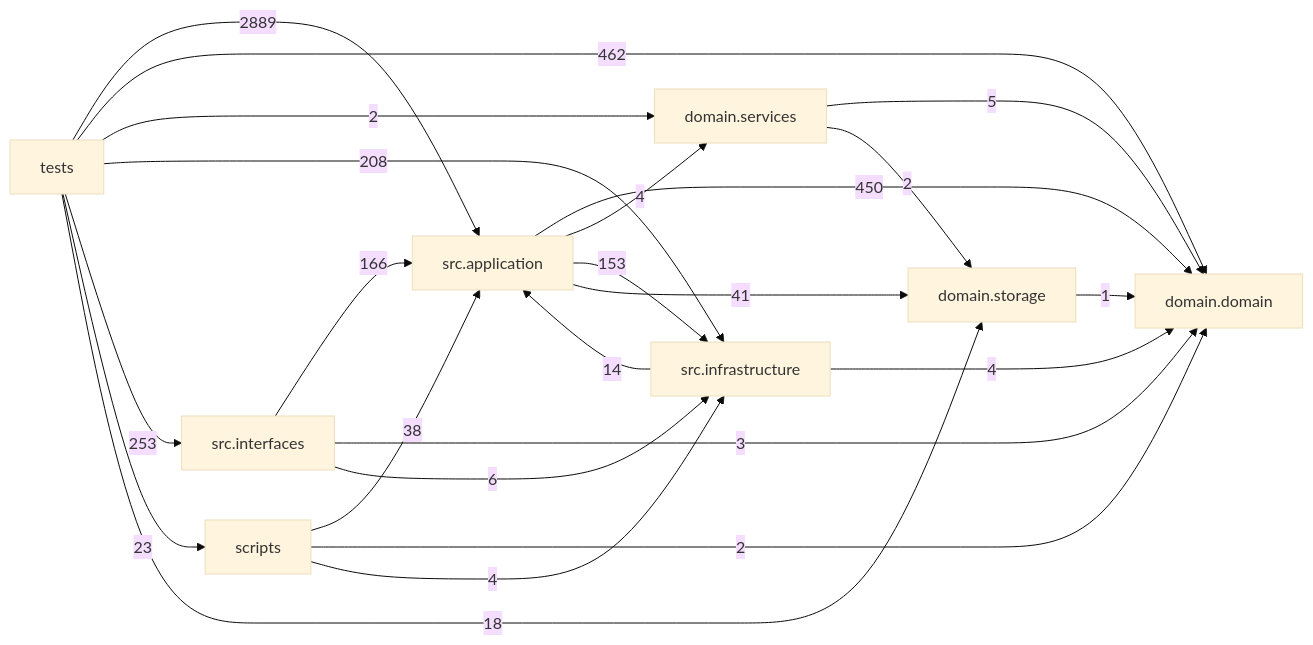
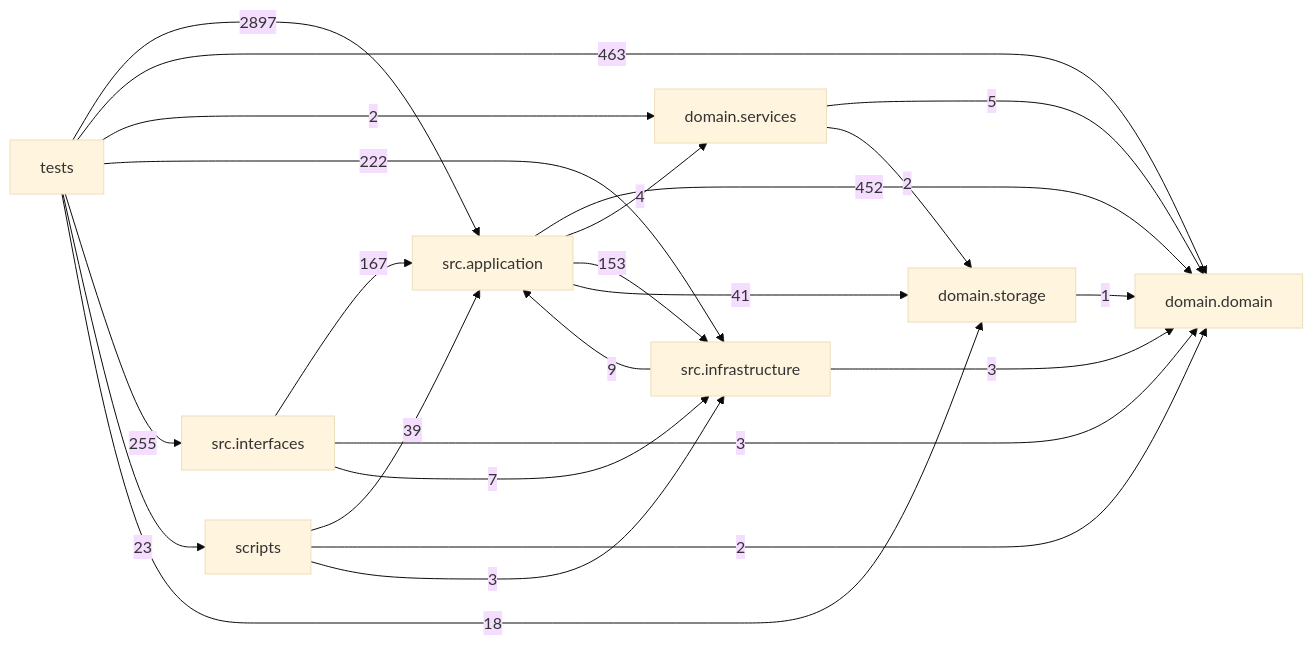
One commit to liuxie066/options-monitor changed the diagram in docs/DEPENDENCY_GRAPH.md. Above: the diagram before and after it, drawn with Mermaid (base theme). The commit also changed other lines of this file and 24 other files, not shown here.

````diff
--- a/docs/DEPENDENCY_GRAPH.md
+++ b/docs/DEPENDENCY_GRAPH.md
@@ -24,33 +24,33 @@
 ```mermaid
 flowchart LR
   tests["tests"]
   scripts["scripts"]
   interfaces["src.interfaces"]
   application["src.application"]
   infrastructure["src.infrastructure"]
   domain_services["domain.services"]
   domain["domain.domain"]
   storage["domain.storage"]
-  application -->|450| domain
+  application -->|452| domain
   application -->|4| domain_services
   application -->|153| infrastructure
   application -->|41| storage
   domain_services -->|5| domain
   domain_services -->|2| storage
-  infrastructure -->|14| application
-  infrastructure -->|4| domain
-  interfaces -->|166| application
+  infrastructure -->|9| application
+  infrastructure -->|3| domain
+  interfaces -->|167| application
   interfaces -->|3| domain
-  interfaces -->|6| infrastructure
-  scripts -->|38| application
+  interfaces -->|7| infrastructure
+  scripts -->|39| application
   scripts -->|2| domain
-  scripts -->|4| infrastructure
+  scripts -->|3| infrastructure
   storage -->|1| domain
-  tests -->|2889| application
-  tests -->|462| domain
+  tests -->|2897| application
+  tests -->|463| domain
   tests -->|2| domain_services
-  tests -->|208| infrastructure
-  tests -->|253| interfaces
+  tests -->|222| infrastructure
+  tests -->|255| interfaces
   tests -->|23| scripts
   tests -->|18| storage
 ```
````
